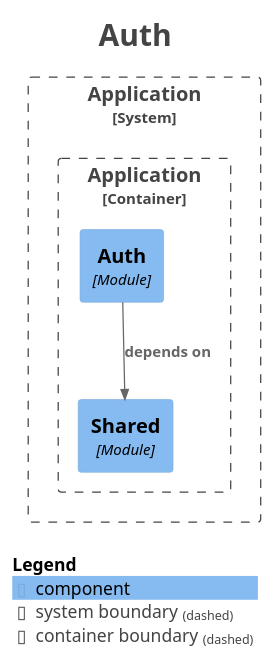
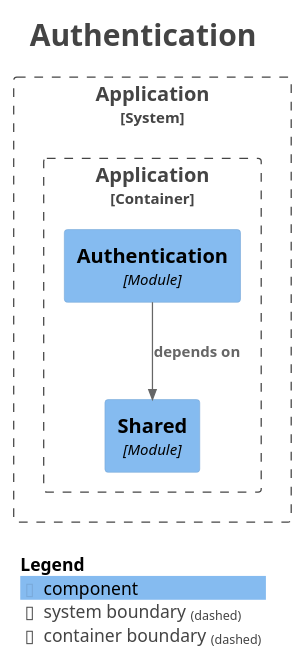
One commit to migangdelzar/insurance-quotes-service changed the diagram in docs/architecture/modules/module-auth.puml. Above: the diagram before and after it, drawn with PlantUML. The commit also changed 86 other files, not shown here.

```diff
--- a/docs/architecture/modules/module-auth.puml
+++ b/docs/architecture/modules/module-auth.puml
@@ -1,30 +1,30 @@
 @startuml
-title <size:24>Auth</size>
+title <size:24>Authentication</size>
 
 set separator none
 top to bottom direction
 
 <style>
   root {
     BackgroundColor: #ffffff
     FontColor: #444444
   }
 </style>
 
 !include <C4/C4>
 !include <C4/C4_Context>
 !include <C4/C4_Component>
 
 System_Boundary("Application_boundary", "Application", $tags="") {
   Container_Boundary("Application.Application_boundary", "Application", $tags="") {
     Component(Application.Application.Shared, "Shared", $techn="Module", $descr="", $tags="", $link="")
-    Component(Application.Application.Auth, "Auth", $techn="Module", $descr="", $tags="", $link="")
+    Component(Application.Application.Authentication, "Authentication", $techn="Module", $descr="", $tags="", $link="")
   }
 
 }
 
-Rel(Application.Application.Auth, Application.Application.Shared, "depends on", $techn="", $tags="", $link="")
+Rel(Application.Application.Authentication, Application.Application.Shared, "depends on", $techn="", $tags="", $link="")
 
 SHOW_LEGEND(true)
 hide stereotypes
 @enduml
```
